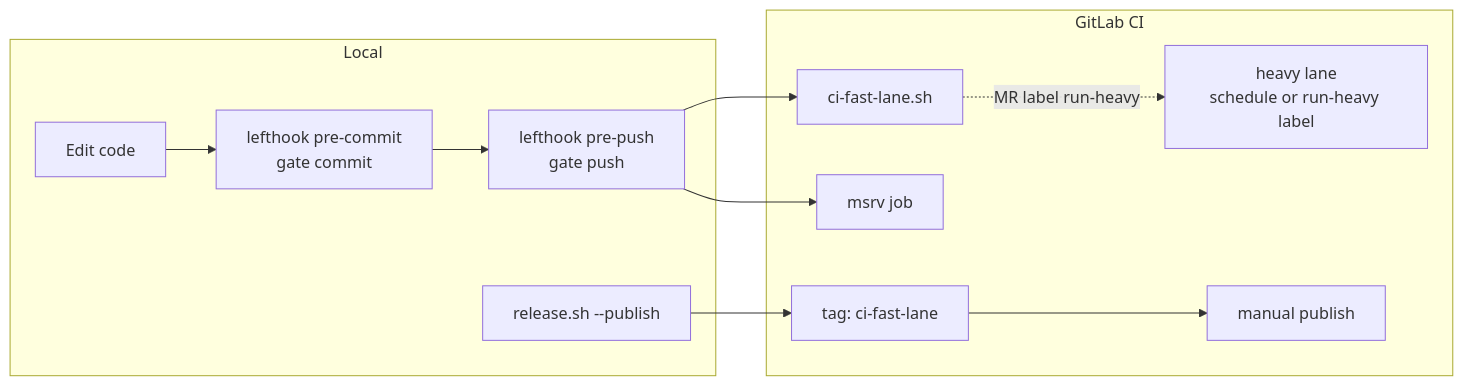
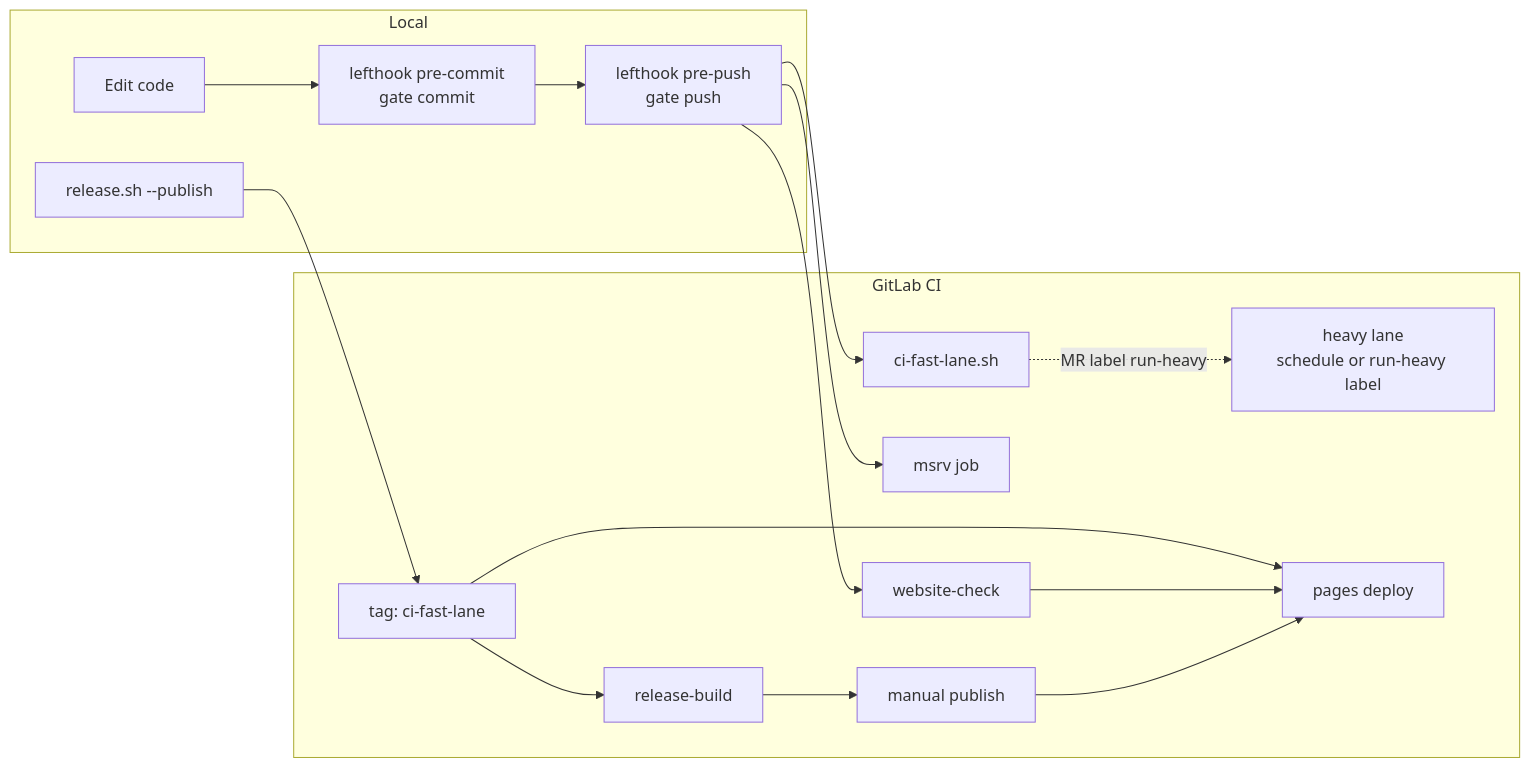
Before and after one commit to lemarco/craft: the diagram in docs/process.md, drawn with Mermaid. The commit also changed other lines of this file and 18 other files, not shown here.

First line of the commit message:
feat(ci): enhance GitLab CI configuration and introduce website build step

````diff
--- a/docs/process.md
+++ b/docs/process.md
@@ -7,20 +7,27 @@
 ```mermaid
 flowchart LR
   subgraph local [Local]
     EDIT[Edit code]
     COMMIT[lefthook pre-commit<br/>gate commit]
     PUSH[lefthook pre-push<br/>gate push]
     REL[release.sh --publish]
   end
   subgraph ci [GitLab CI]
     FAST[ci-fast-lane.sh]
     MSRV[msrv job]
+    WEB[website-check]
     HEAVY[heavy lane<br/>schedule or run-heavy label]
     TAG[tag: ci-fast-lane]
+    RELBUILD[release-build]
     PUB[manual publish]
+    PAGES[pages deploy]
   end
   EDIT --> COMMIT --> PUSH --> FAST
   PUSH --> MSRV
-  REL --> TAG --> PUB
+  PUSH --> WEB
+  REL --> TAG --> RELBUILD --> PUB
+  TAG --> PAGES
+  WEB --> PAGES
+  PUB --> PAGES
   FAST -.->|MR label run-heavy| HEAVY
 ```
````
